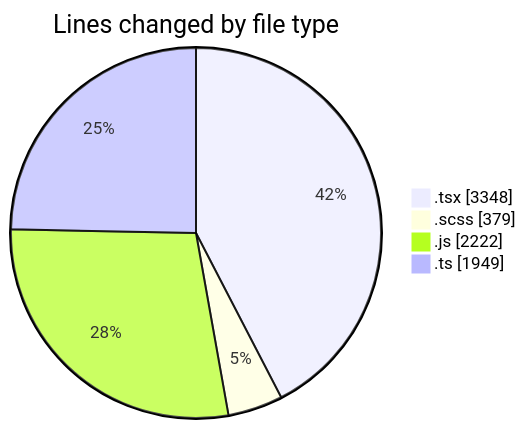
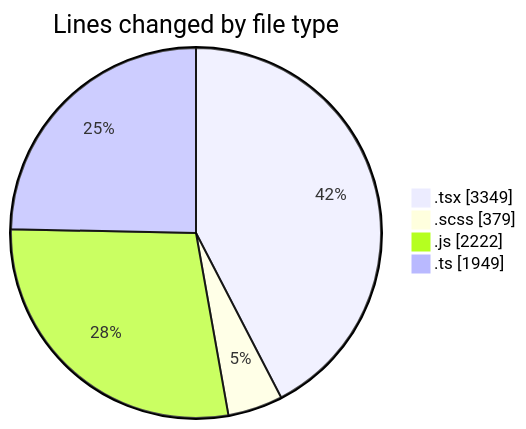
Before and after one commit to momahboobian/code-tracking: the first of 2 diagrams in 2026-06-17/cda/README.md, drawn with Mermaid. The commit also changed other lines of this file and 1 other file, not shown here.

````diff
--- a/2026-06-17/cda/README.md
+++ b/2026-06-17/cda/README.md
@@ -51,8 +51,8 @@
 ```mermaid
 pie showData
 title Lines changed by file type
-".tsx" : 3348
+".tsx" : 3349
 ".scss" : 379
 ".js" : 2222
 ".ts" : 1949
 ```
````
